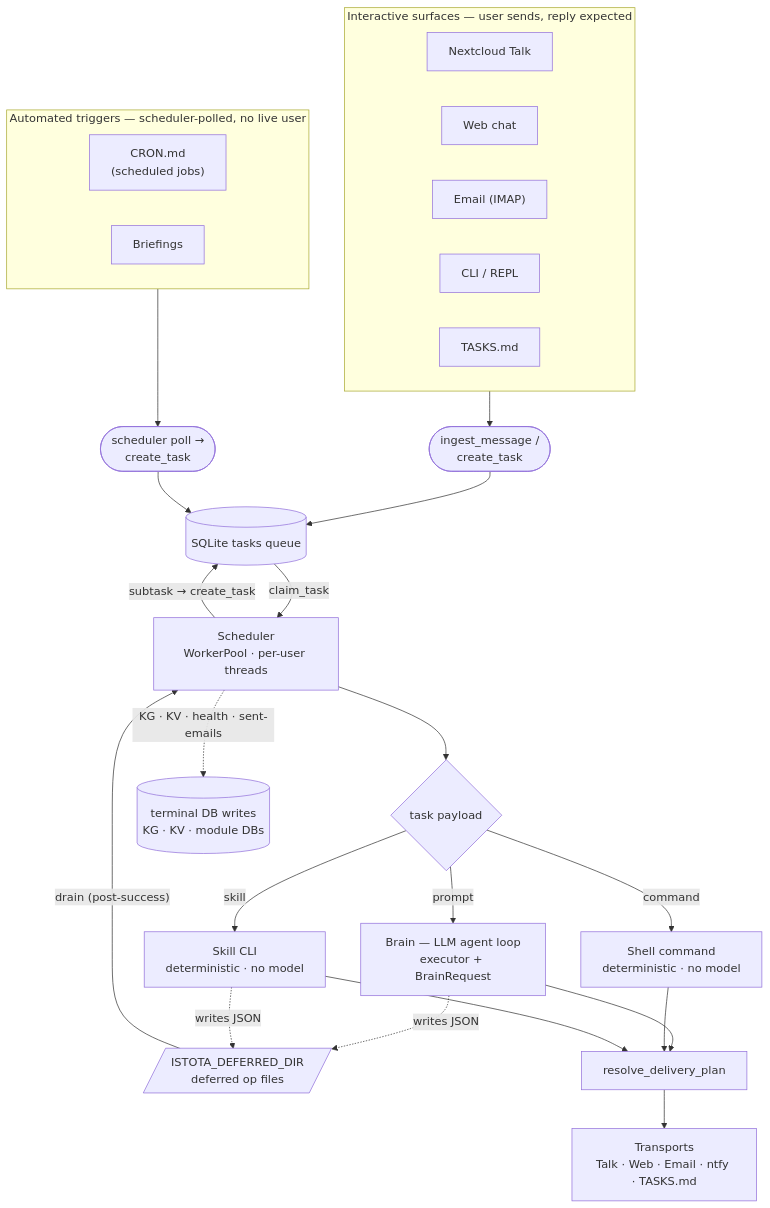
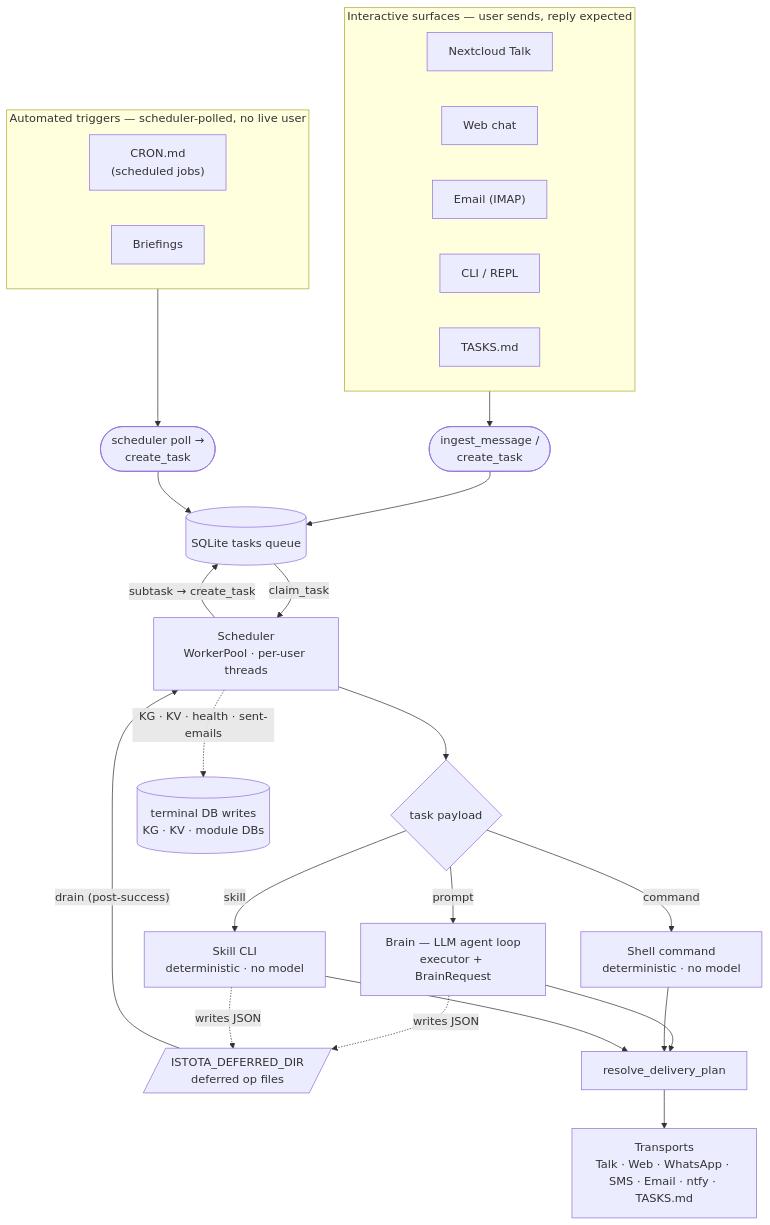
Before and after one commit to istota-project/istota: the first of 2 diagrams in docs/architecture/overview.md, drawn with Mermaid. The commit also changed other lines of this file and 4 other files, not shown here.

First line of the commit message:
docs: carry SMS and WhatsApp through the four inventories that missed them

````diff
--- a/docs/architecture/overview.md
+++ b/docs/architecture/overview.md
@@ -7,38 +7,38 @@
 ```mermaid
 flowchart TB
     subgraph interactive["Interactive surfaces — user sends, reply expected"]
         talk["Nextcloud Talk"]
         web["Web chat"]
         email["Email (IMAP)"]
         repl["CLI / REPL"]
         file["TASKS.md"]
     end
 
     subgraph automated["Automated triggers — scheduler-polled, no live user"]
         cron["CRON.md<br/>(scheduled jobs)"]
         brief["Briefings"]
     end
 
     interactive --> ingest(["ingest_message /<br/>create_task"])
     automated --> poll(["scheduler poll →<br/>create_task"])
     ingest --> queue[("SQLite tasks queue")]
     poll --> queue
     queue -->|"claim_task"| sched["Scheduler<br/>WorkerPool · per-user threads"]
 
     sched --> fork{"task payload"}
     fork -->|"prompt"| brain["Brain — LLM agent loop<br/>executor + BrainRequest"]
     fork -->|"command"| cmd["Shell command<br/>deterministic · no model"]
     fork -->|"skill"| skill["Skill CLI<br/>deterministic · no model"]
 
     brain -. "writes JSON" .-> deferred[/"ISTOTA_DEFERRED_DIR<br/>deferred op files"/]
     skill -. "writes JSON" .-> deferred
 
     deferred -->|"drain (post-success)"| sched
     sched -->|"subtask → create_task"| queue
     sched -. "KG · KV · health · sent-emails" .-> stores[("terminal DB writes<br/>KG · KV · module DBs")]
 
     brain --> plan["resolve_delivery_plan"]
     cmd --> plan
     skill --> plan
-    plan --> out["Transports<br/>Talk · Web · Email · ntfy · TASKS.md"]
+    plan --> out["Transports<br/>Talk · Web · WhatsApp · SMS · Email · ntfy · TASKS.md"]
 ```
````
